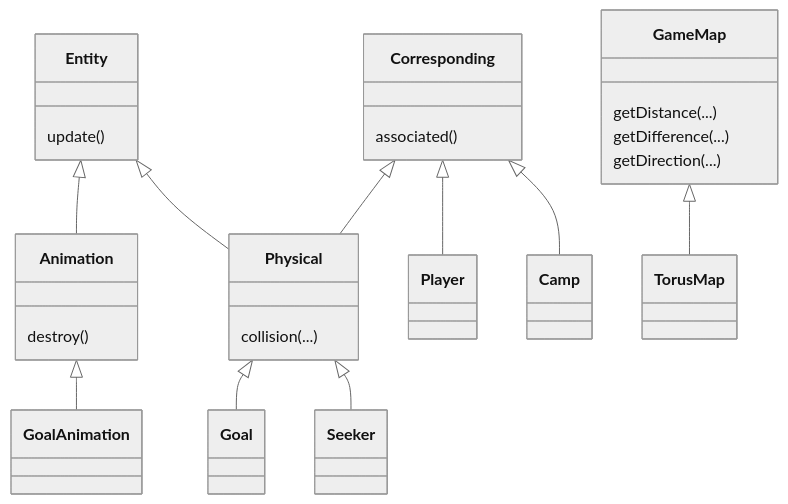
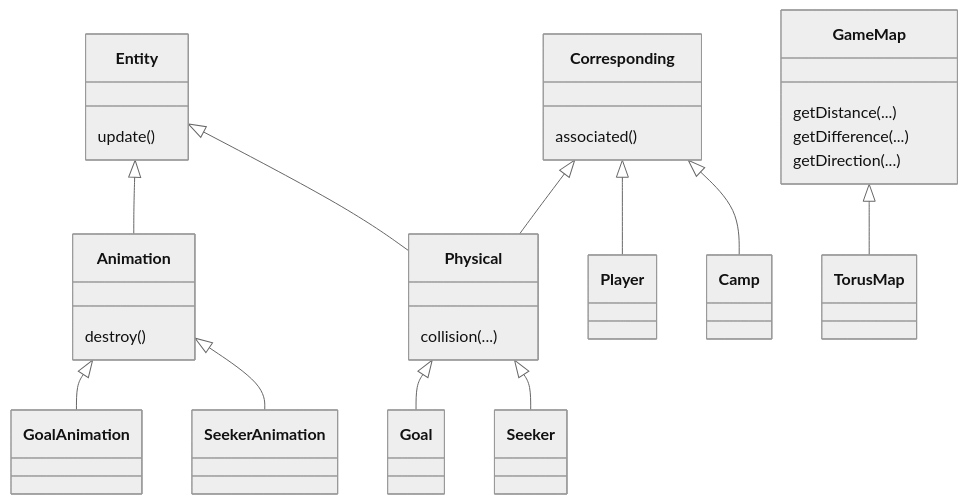
One commit to seekers-dev/seekers-server changed the diagram in README.md. Above: the diagram before and after it, drawn with Mermaid (neutral theme). The commit also changed 6 other files, not shown here.

Commit message:
Remove docker, add seeker animation

````diff
--- a/README.md
+++ b/README.md
@@ -17,23 +17,24 @@
 ```mermaid
 classDiagram
     Entity: update()
     Entity <|-- Animation
     Entity <|-- Physical
     
     Animation: destroy()
     Animation <|-- GoalAnimation
+    Animation <|-- SeekerAnimation
     
     Physical: collision(...)
     Physical <|-- Goal
     Physical <|-- Seeker
 
     Corresponding: associated()
     Corresponding <|-- Physical
     Corresponding <|-- Player
     Corresponding <|-- Camp
     
     GameMap: getDistance(...)
     GameMap: getDifference(...)
     GameMap: getDirection(...)
     GameMap <|-- TorusMap
 ```
````
